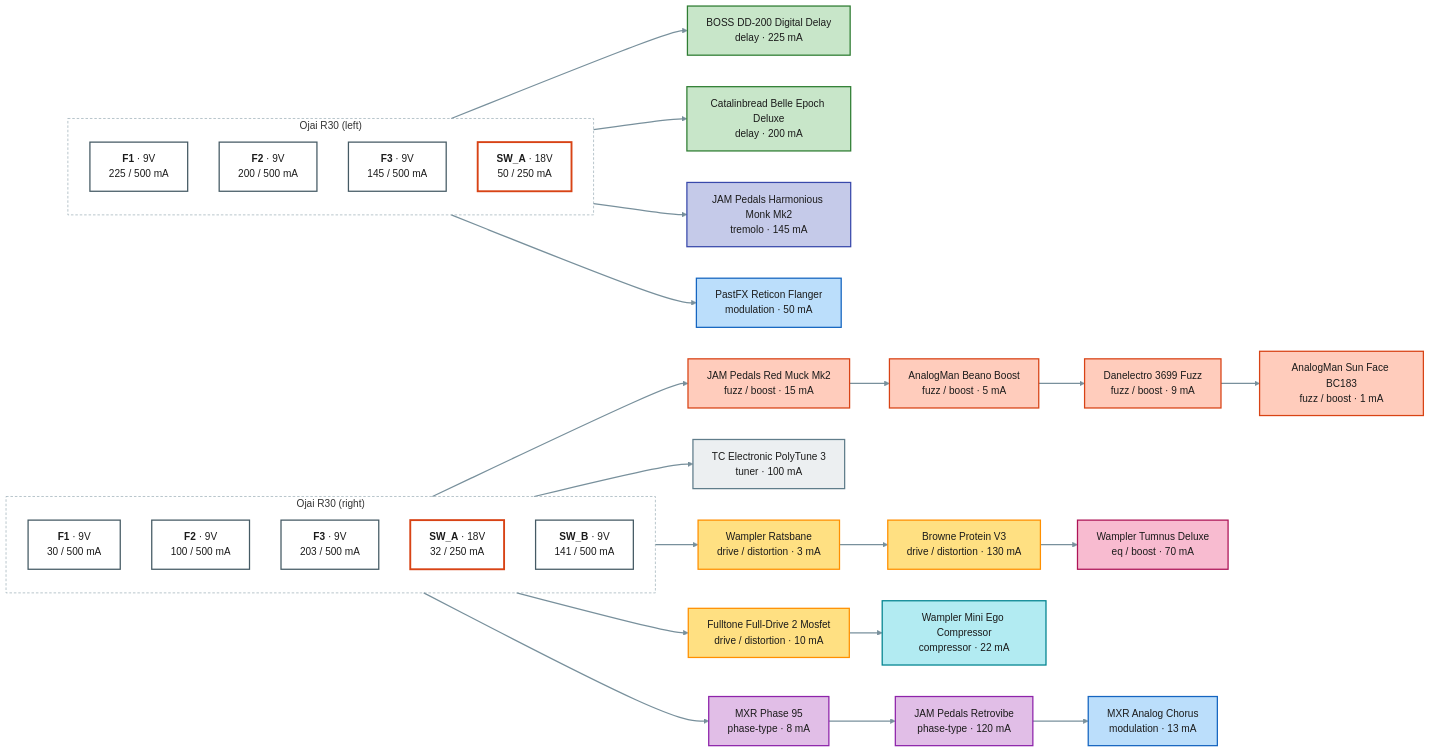
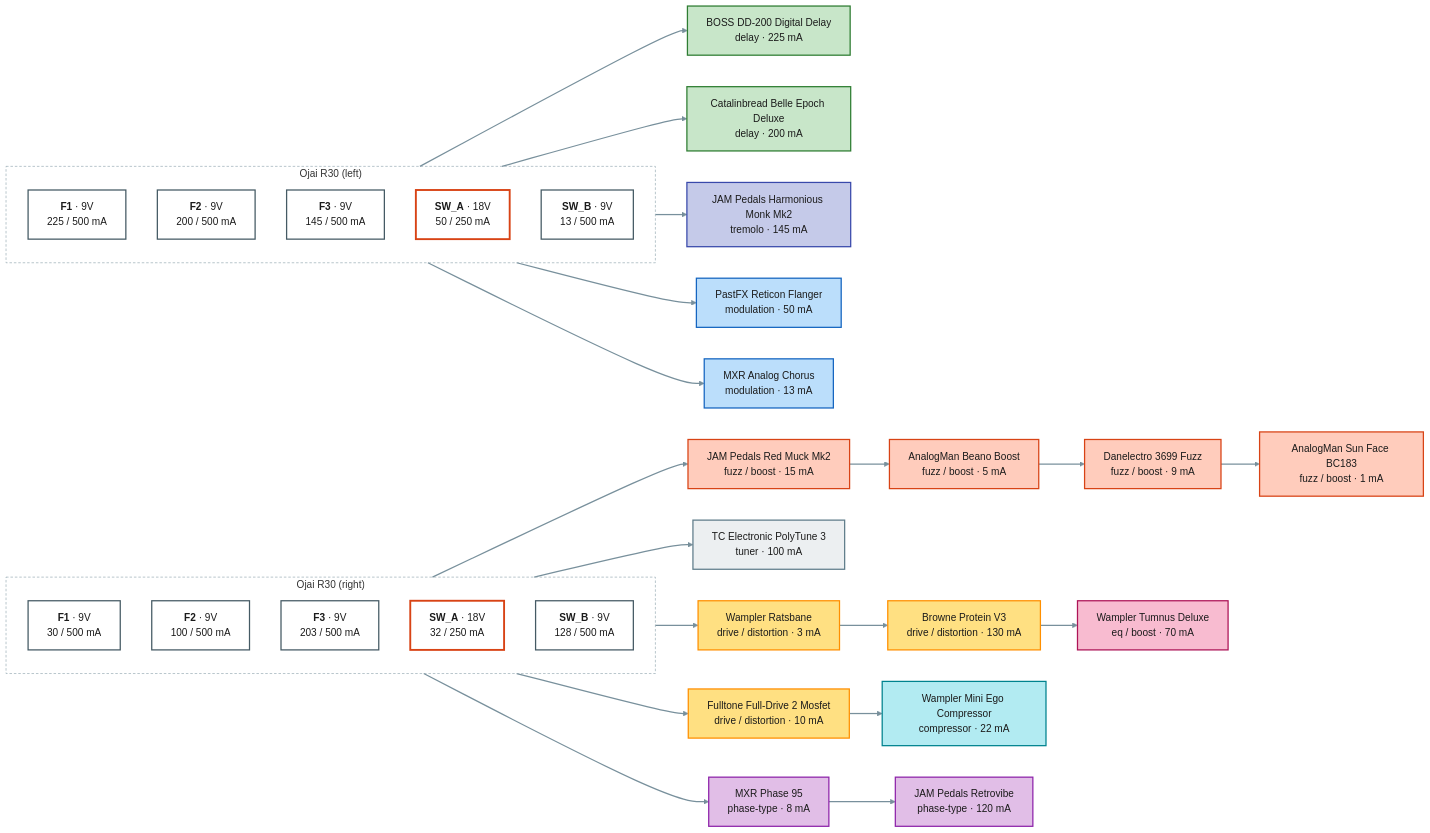
Before and after one commit to pedroacvieira/pedalboard: the diagram in projects/guitar-gig/power.mmd, drawn with Mermaid. The commit also changed 18 other files, not shown here.

First line of the commit message:
guitar-gig: every Ojai output in use (Analog Chorus alone on psu1 SW_B, DC 3649 -> 3322 mm); proposals: unmoved pedals keep their exact position; toppers suggested on bypass switches only

```diff
--- a/projects/guitar-gig/power.mmd
+++ b/projects/guitar-gig/power.mmd
@@ -1,65 +1,66 @@
 flowchart LR
     subgraph psu1["Ojai R30 (left)"]
         direction TB
         psu1_F1["<b>F1</b> · 9V<br/>225 / 500 mA"]:::out9
         psu1_F2["<b>F2</b> · 9V<br/>200 / 500 mA"]:::out9
         psu1_F3["<b>F3</b> · 9V<br/>145 / 500 mA"]:::out9
         psu1_SW_A["<b>SW_A</b> · 18V<br/>50 / 250 mA"]:::out18
+        psu1_SW_B["<b>SW_B</b> · 9V<br/>13 / 500 mA"]:::out9
     end
     subgraph psu2["Ojai R30 (right)"]
         direction TB
         psu2_F1["<b>F1</b> · 9V<br/>30 / 500 mA"]:::out9
         psu2_F2["<b>F2</b> · 9V<br/>100 / 500 mA"]:::out9
         psu2_F3["<b>F3</b> · 9V<br/>203 / 500 mA"]:::out9
         psu2_SW_A["<b>SW_A</b> · 18V<br/>32 / 250 mA"]:::out18
-        psu2_SW_B["<b>SW_B</b> · 9V<br/>141 / 500 mA"]:::out9
+        psu2_SW_B["<b>SW_B</b> · 9V<br/>128 / 500 mA"]:::out9
     end
     boss_dd200["BOSS DD-200 Digital Delay<br/>delay · 225 mA"]:::c_delay
     belle_epoch["Catalinbread Belle Epoch Deluxe<br/>delay · 200 mA"]:::c_delay
     monk["JAM Pedals Harmonious Monk Mk2<br/>tremolo · 145 mA"]:::c_tremolo
     reticon["PastFX Reticon Flanger<br/>modulation · 50 mA"]:::c_modulation
+    analog_chorus["MXR Analog Chorus<br/>modulation · 13 mA"]:::c_modulation
     red_muck["JAM Pedals Red Muck Mk2<br/>fuzz / boost · 15 mA"]:::c_fuzz___boost
     beano["AnalogMan Beano Boost<br/>fuzz / boost · 5 mA"]:::c_fuzz___boost
     danelectro_3699["Danelectro 3699 Fuzz<br/>fuzz / boost · 9 mA"]:::c_fuzz___boost
     sun_face["AnalogMan Sun Face BC183<br/>fuzz / boost · 1 mA"]:::c_fuzz___boost
     polytune_3["TC Electronic PolyTune 3<br/>tuner · 100 mA"]:::c_tuner
     ratsbane["Wampler Ratsbane<br/>drive / distortion · 3 mA"]:::c_drive___distortion
     protein["Browne Protein V3<br/>drive / distortion · 130 mA"]:::c_drive___distortion
     tumnus_deluxe["Wampler Tumnus Deluxe<br/>eq / boost · 70 mA"]:::c_eq___boost
     fulldrive_2["Fulltone Full-Drive 2 Mosfet<br/>drive / distortion · 10 mA"]:::c_drive___distortion
     mini_ego["Wampler Mini Ego Compressor<br/>compressor · 22 mA"]:::c_compressor
     phase_95["MXR Phase 95<br/>phase-type · 8 mA"]:::c_phase_type
     retrovibe["JAM Pedals Retrovibe<br/>phase-type · 120 mA"]:::c_phase_type
-    analog_chorus["MXR Analog Chorus<br/>modulation · 13 mA"]:::c_modulation
     psu1_F1 --> boss_dd200
     psu1_F2 --> belle_epoch
     psu1_F3 --> monk
     psu1_SW_A --> reticon
+    psu1_SW_B --> analog_chorus
     psu2_F1 --> red_muck
     red_muck --> beano
     beano --> danelectro_3699
     danelectro_3699 --> sun_face
     psu2_F2 --> polytune_3
     psu2_F3 --> ratsbane
     ratsbane --> protein
     protein --> tumnus_deluxe
     psu2_SW_A --> fulldrive_2
     fulldrive_2 --> mini_ego
     psu2_SW_B --> phase_95
     phase_95 --> retrovibe
-    retrovibe --> analog_chorus
     classDef out9 fill:#ffffff,stroke:#455a64,stroke-width:2px,color:#1b1b1b
     classDef out18 fill:#ffffff,stroke:#d84315,stroke-width:3px,color:#1b1b1b
     classDef spare fill:#fafafa,stroke:#9e9e9e,stroke-dasharray:4 3,color:#757575
     classDef c_tuner fill:#eceff1,stroke:#607d8b,stroke-width:2px,color:#1b1b1b
     classDef c_compressor fill:#b2ebf2,stroke:#00838f,stroke-width:2px,color:#1b1b1b
     classDef c_fuzz___boost fill:#ffccbc,stroke:#d84315,stroke-width:2px,color:#1b1b1b
     classDef c_drive___distortion fill:#ffe082,stroke:#ff8f00,stroke-width:2px,color:#1b1b1b
     classDef c_phase_type fill:#e1bee7,stroke:#8e24aa,stroke-width:2px,color:#1b1b1b
     classDef c_modulation fill:#bbdefb,stroke:#1565c0,stroke-width:2px,color:#1b1b1b
     classDef c_tremolo fill:#c5cae9,stroke:#3949ab,stroke-width:2px,color:#1b1b1b
     classDef c_delay fill:#c8e6c9,stroke:#2e7d32,stroke-width:2px,color:#1b1b1b
     classDef c_eq___boost fill:#f8bbd0,stroke:#ad1457,stroke-width:2px,color:#1b1b1b
     style psu1 fill:none,stroke:#90a4ae,stroke-dasharray:4 3
     style psu2 fill:none,stroke:#90a4ae,stroke-dasharray:4 3
     linkStyle default stroke:#78909c,stroke-width:2px
```
